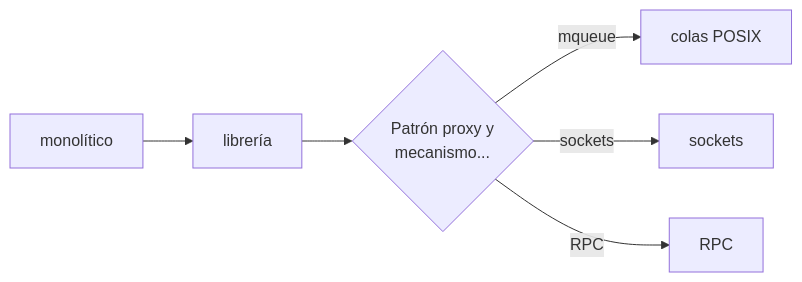
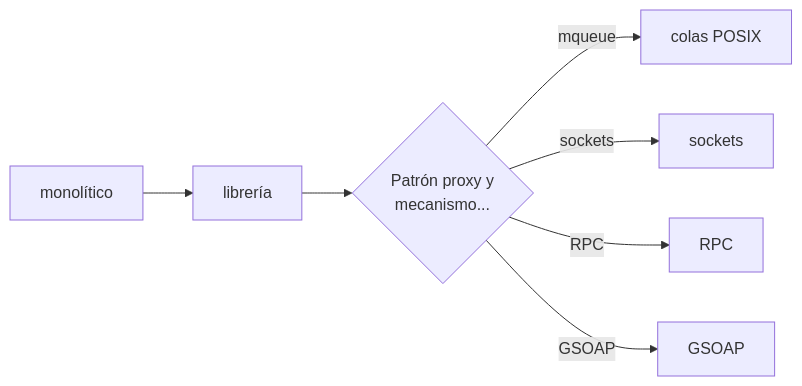
The first of 6 diagrams in casos-practicos/cal_centralizado_a_distribuido.md (acaldero/uc3m_sd), drawn with Mermaid before and after one commit. The commit also changed other lines of this file, not shown here.

````diff
--- a/casos-practicos/cal_centralizado_a_distribuido.md
+++ b/casos-practicos/cal_centralizado_a_distribuido.md
@@ -54,8 +54,9 @@
  ```mermaid
   flowchart LR
     A[monolítico] --> B[librería]
     B[librería]   --> C{Patrón proxy y <br>mecanismo...}
     C -- mqueue   --> D[colas POSIX]
     C -- sockets  --> E[sockets]
     C -- RPC      --> F[RPC]
+    C -- GSOAP    --> G[GSOAP]
   ```
````
